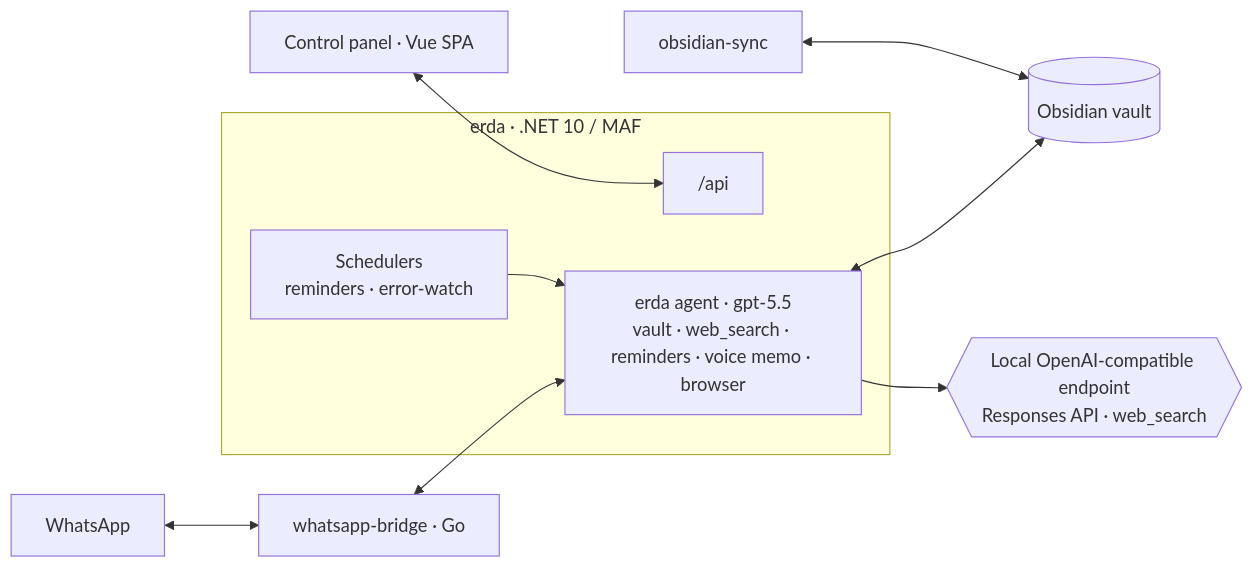
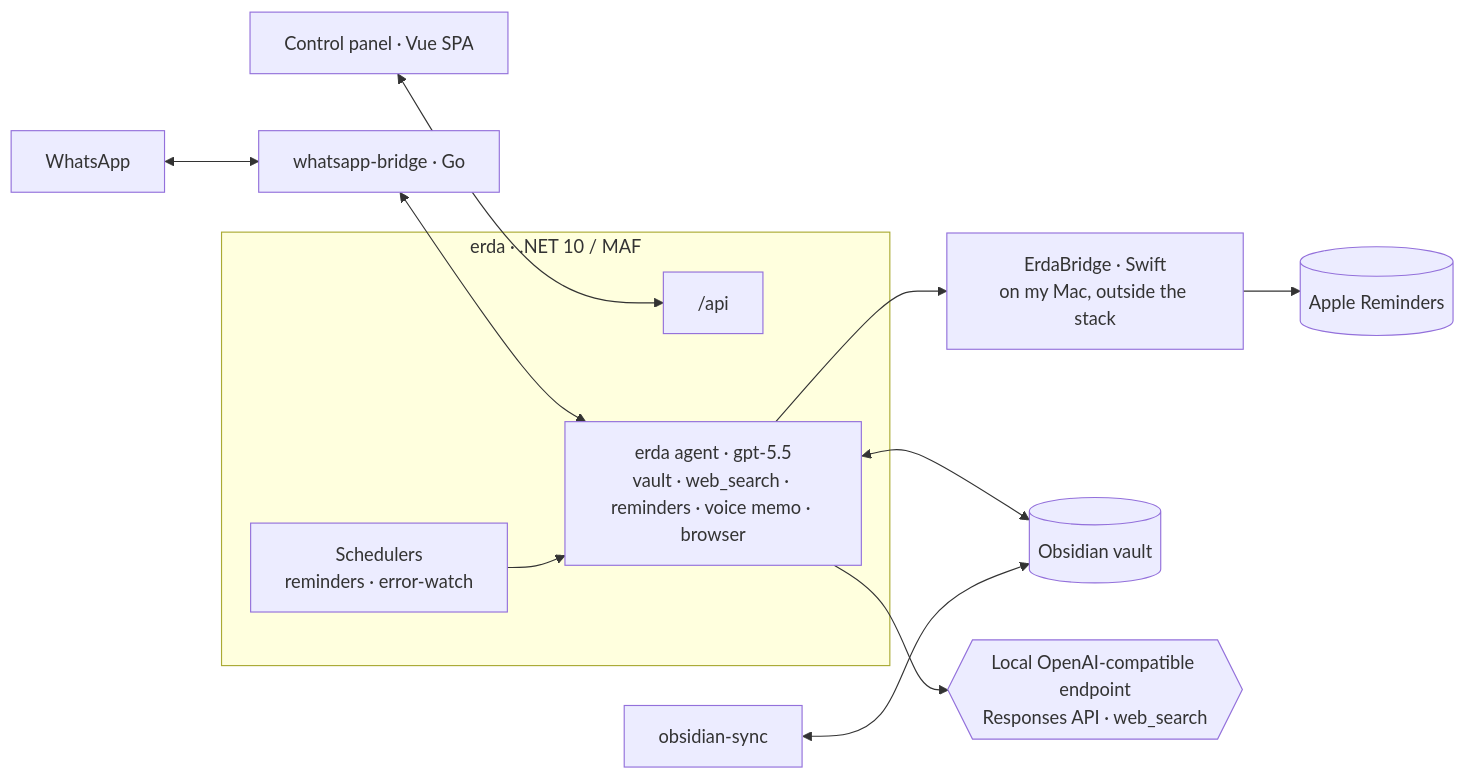
Before and after one commit to philphilphil/Erda: the diagram in README.md, drawn with Mermaid. The commit also changed other lines of this file, not shown here.

First line of the commit message:
docs(readme): document the Apple Reminders bridge

````diff
--- a/README.md
+++ b/README.md
@@ -33,17 +41,18 @@
 ```mermaid
 flowchart LR
     wa["WhatsApp"] <--> bridge["whatsapp-bridge · Go"]
     panel["Control panel · Vue SPA"] <--> api["/api"]
 
     subgraph erda["erda · .NET 10 / MAF"]
       agent["erda agent · gpt-5.5<br/>vault · web_search · reminders · voice memo · browser"]
       sched["Schedulers<br/>reminders · error-watch"]
       api
     end
 
     bridge <--> agent
     sched --> agent
+    agent --> mac["ErdaBridge · Swift<br/>on my Mac, outside the stack"] --> ek[("Apple Reminders")]
     agent <--> vault[("Obsidian vault")]
     sync["obsidian-sync"] <--> vault
     agent --> endpoint{{"Local OpenAI-compatible endpoint<br/>Responses API · web_search"}}
 ```
````
